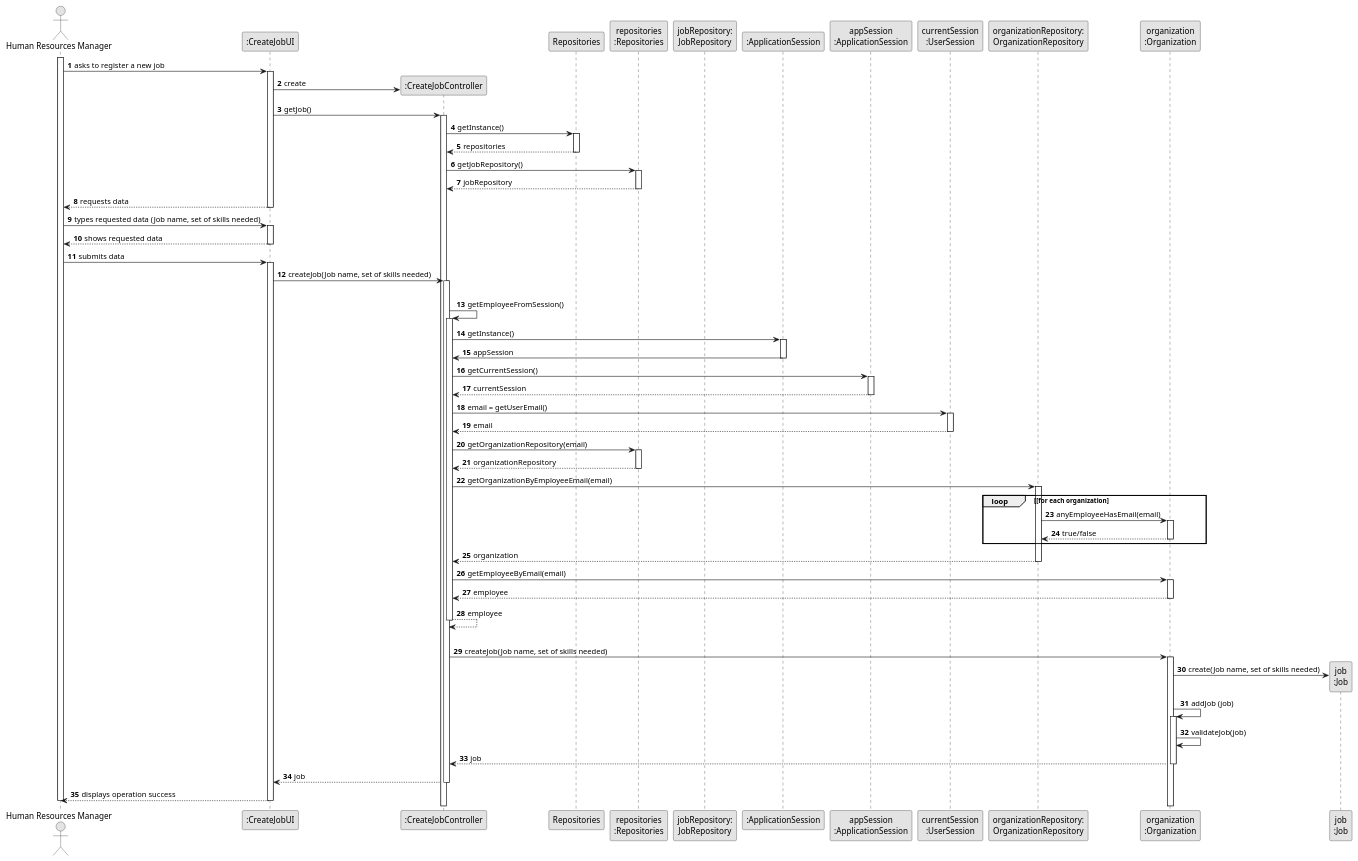
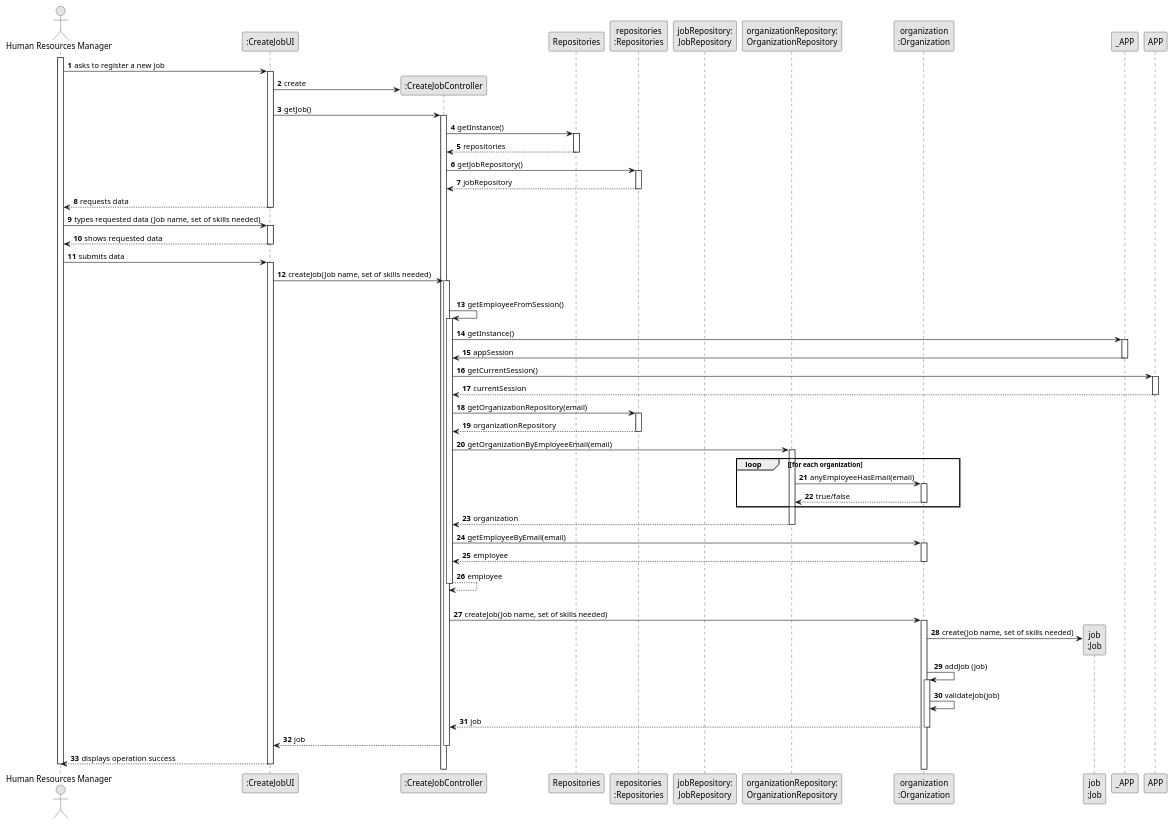
Before and after one commit to Departamento-de-Engenharia-Informatica/lei-24-s2-1dl-g121: the diagram in docs/sprintB/us002/03.design/puml/us002-sequence-diagram-full.puml, drawn with PlantUML. The commit also changed 3 other files, not shown here.

```diff
--- a/docs/sprintB/us002/03.design/puml/us002-sequence-diagram-full.puml
+++ b/docs/sprintB/us002/03.design/puml/us002-sequence-diagram-full.puml
@@ -1,180 +1,180 @@
 @startuml
 skinparam monochrome true
 skinparam packageStyle rectangle
 skinparam shadowing false
 
 autonumber
 
 'hide footbox
 actor "Human Resources Manager" as ADM
 participant ":CreateJobUI" as UI
 participant ":CreateJobController" as CTRL
 participant "Repositories" as RepositorySingleton
 participant "repositories\n:Repositories" as PLAT
 participant "jobRepository:\nJobRepository" as JobRepository
-participant ":ApplicationSession" as _APP
-participant "appSession\n:ApplicationSession" as APP
-participant "currentSession\n:UserSession" as SESSAO
+'participant ":ApplicationSession" as _APP
+'participant "appSession\n:ApplicationSession" as APP
+'participant "currentSession\n:UserSession" as SESSAO
 participant "organizationRepository:\nOrganizationRepository" as OrganizationRepository
 participant "organization\n:Organization" as ORG
 participant "job\n:Job" as TAREFA
 
 activate ADM
 
         ADM -> UI : asks to register a new job
 
         activate UI
 
 '            UI --> ADM : requests data (reference, description,  informal \n description, technical description, duration, cost)
             'create CTRL
             UI -> CTRL** : create
 
             UI -> CTRL : getJob()
             activate CTRL
 
                 CTRL -> RepositorySingleton : getInstance()
                 activate RepositorySingleton
 
                     RepositorySingleton --> CTRL: repositories
                 deactivate RepositorySingleton
 
                 CTRL -> PLAT : getJobRepository()
                 activate PLAT
 
                     PLAT --> CTRL: jobRepository
                 deactivate PLAT
 
              '   CTRL -> TaskCategoryRepository : getJob()
               '  activate JobRepository
 
                '     TaskCategoryRepository --> CTRL : jobList
                 'deactivate JobRepository
 
              '   CTRL --> UI : taskCategoryList
             'deactivate CTRL
 
 '            UI --> ADM : shows task category list\n and asks to sleect one
 '        deactivate UI
 '
 '    ADM -> UI : selects a task category
 '    activate UI
 
         UI --> ADM : requests data
     deactivate UI
 
     ADM -> UI : types requested data (Job name, set of skills needed)
     activate UI
 
         UI --> ADM : shows requested data
     deactivate UI
 
     ADM -> UI : submits data
     activate UI
 
         UI -> CTRL : createJob(Job name, set of skills needed)
         activate CTRL
 
 '            CTRL -> CTRL : getTaskCategoryByDescription(taskCategoryDescription)
 '            activate CTRL
 
 '                CTRL -> RepositorySingleton : getInstance()
 '                activate RepositorySingleton
 '
 '                    RepositorySingleton --> CTRL: repositories
 '                deactivate RepositorySingleton
 '
 '                CTRL -> PLAT : getTaskCategoryRepository()
 '                activate PLAT
 '
 '                    PLAT -> CTRL : taskCategoryRepository
 '                deactivate PLAT
 '
 '                CTRL -> TaskCategoryRepository : getTaskCategoryByDescription(taskCategoryDescription)
 '                activate TaskCategoryRepository
 '
 '                    TaskCategoryRepository --> CTRL : taskCategory
 '                deactivate TaskCategoryRepository
 '                    CTRL --> CTRL : taskCategory
 '            deactivate CTRL
 
             |||
             CTRL -> CTRL : getEmployeeFromSession()
             activate CTRL
 
                 CTRL -> _APP: getInstance()
                 activate _APP
                     _APP -> CTRL: appSession
                 deactivate _APP
 
 
                 CTRL -> APP: getCurrentSession()
                 activate APP
 
                     APP --> CTRL: currentSession
                 deactivate APP
 
-                CTRL -> SESSAO: email = getUserEmail()
-                activate SESSAO
+                'CTRL -> SESSAO: email = getUserEmail()
+                'activate SESSAO
 
-                    SESSAO --> CTRL: email
-                deactivate SESSAO
+                 '   SESSAO --> CTRL: email
+                'deactivate SESSAO
 
 
                 CTRL -> PLAT: getOrganizationRepository(email)
                 activate PLAT
 
                     PLAT --> CTRL: organizationRepository
                 deactivate PLAT
 
 
                 CTRL -> OrganizationRepository: getOrganizationByEmployeeEmail(email)
                 activate OrganizationRepository
 
                     loop [for each organization
                         OrganizationRepository -> ORG : anyEmployeeHasEmail(email)
                         activate ORG
 
                              ORG --> OrganizationRepository : true/false
                         deactivate ORG
                     end
                     OrganizationRepository --> CTRL : organization
                 deactivate OrganizationRepository
 
                 CTRL -> ORG: getEmployeeByEmail(email)
                 activate ORG
 
                     ORG --> CTRL : employee
                 deactivate ORG
 
                 CTRL --> CTRL : employee
             deactivate CTRL
 
             |||
             CTRL -> ORG: createJob(Job name, set of skills needed)
             activate ORG
 
                 ORG -> TAREFA**: create(Job name, set of skills needed)
                 ORG -> ORG: addJob (job)
 
 
                 activate ORG
                     ORG -> ORG: validateJob(job)
 '                    activate ORG
 '                        ORG --> ORG
 '                    deactivate ORG
 '
 '                    ORG --> ORG
 '                deactivate ORG
 
                 ORG --> CTRL : job
 
             deactivate ORG
 
             CTRL --> UI: job
             deactivate CTRL
             UI --> ADM: displays operation success
     deactivate UI
 
 deactivate ADM
 
 @enduml
```
